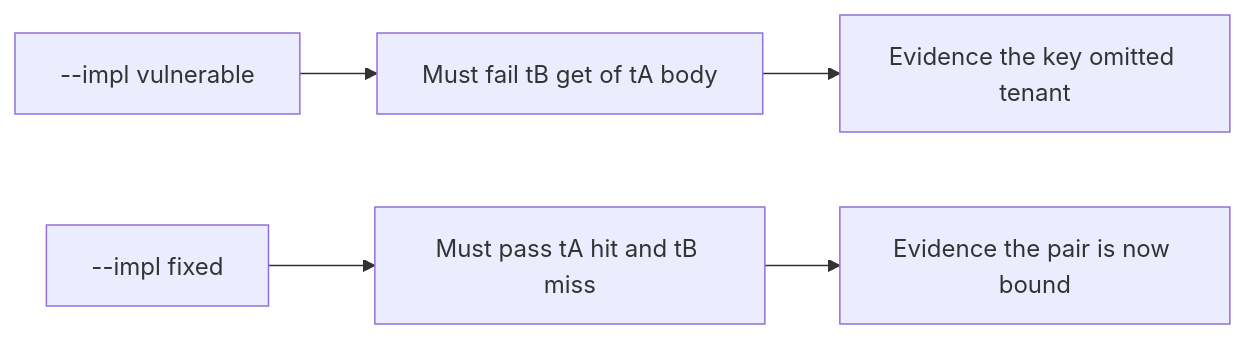
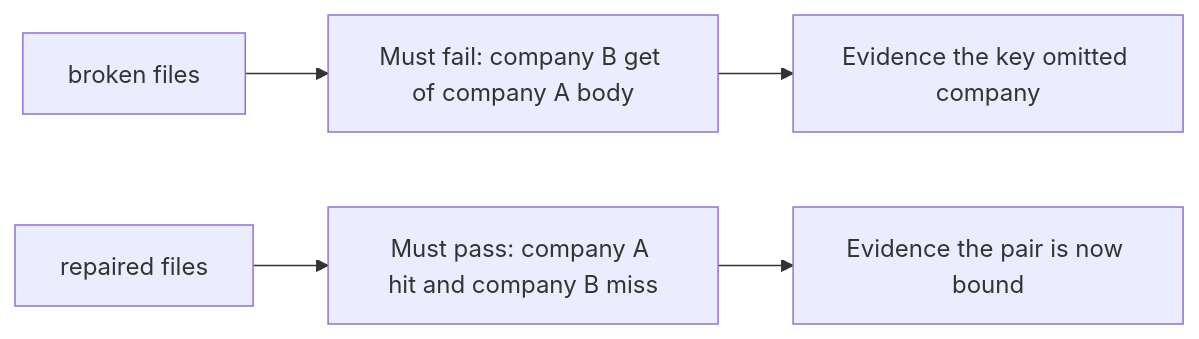
One commit to ishitvagoel/LearnSecurity changed the diagram in content/modules/2/2.2/lessons/05-verify.md. Above: the diagram before and after it, drawn with Mermaid. The commit also changed other lines of this file and 7 other files, not shown here.

````diff
--- a/content/modules/2/2.2/lessons/05-verify.md
+++ b/content/modules/2/2.2/lessons/05-verify.md
@@ -15,7 +14,7 @@
 ```mermaid
 flowchart LR
-  V["--impl vulnerable"] --> F[Must fail tB get of tA body]
-  X["--impl fixed"] --> P["Must pass tA hit and tB miss"]
-  F --> E[Evidence the key omitted tenant]
+  V["broken files"] --> F[Must fail: company B get of company A body]
+  X["repaired files"] --> P["Must pass: company A hit and company B miss"]
+  F --> E[Evidence the key omitted company]
   P --> E2[Evidence the pair is now bound]
 ```
````
